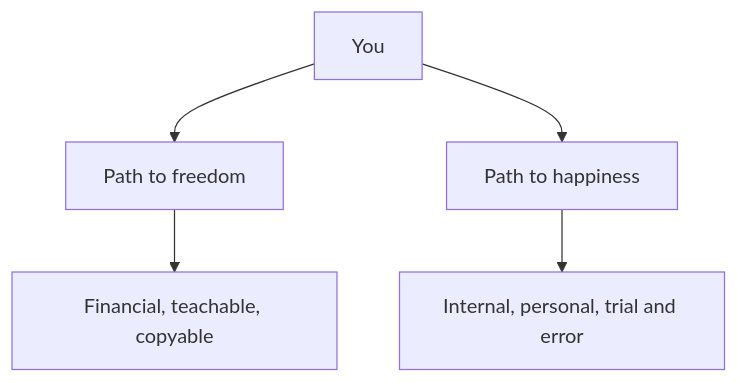
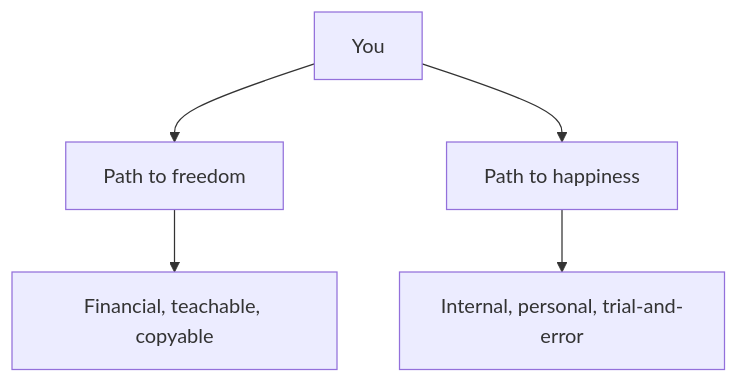
Before and after one commit to jrajath94/ai-podcast-curriculum: the first of 2 diagrams in content/tracks/knowledge-project/ep02.md, drawn with Mermaid. The commit also changed other lines of this file, not shown here.

````diff
--- a/content/tracks/knowledge-project/ep02.md
+++ b/content/tracks/knowledge-project/ep02.md
@@ -82,7 +82,7 @@
 ```mermaid
 graph TD
     A[You] --> B[Path to freedom]
     A --> C[Path to happiness]
     B --> D[Financial, teachable, copyable]
-    C --> E[Internal, personal, trial and error]
+    C --> E[Internal, personal, trial-and-error]
 ```
````
